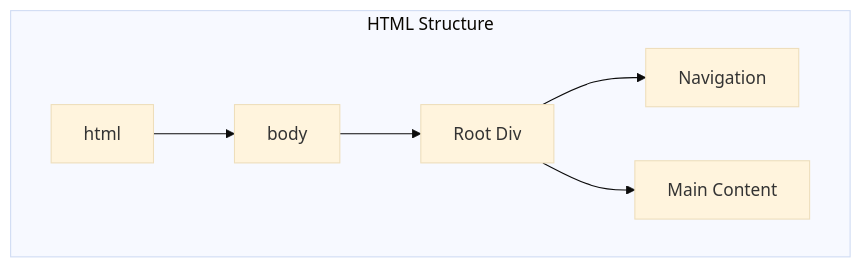
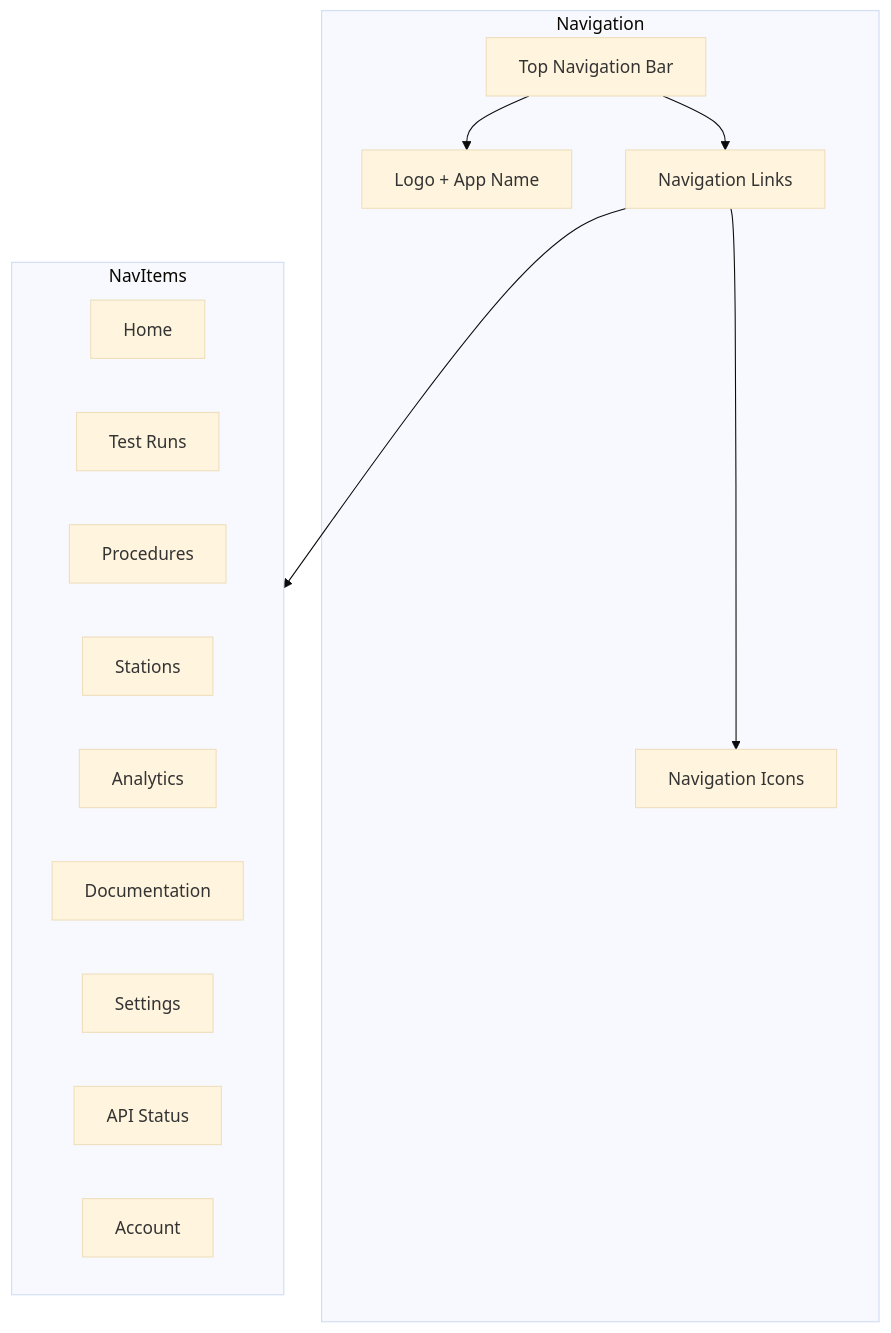
The second of 6 diagrams in docs/architecture/frontend_architecture.md (mvalancy-mt/NotTofu), drawn with Mermaid (base theme) before and after one commit. The commit also changed other lines of this file and 64 other files, not shown here.

````diff
--- a/docs/architecture/frontend_architecture.md
+++ b/docs/architecture/frontend_architecture.md
@@ -44,15 +55,26 @@
 ```mermaid
 graph TB
-    subgraph HTML Structure
-        HTML[html]
-        Body[body]
-        Root[Root Div]
-        Navigation[Navigation]
-        Main[Main Content]
+    subgraph Navigation
+        MainNav[Top Navigation Bar]
+        Logo[Logo + App Name]
+        NavLinks[Navigation Links]
+        NavIcons[Navigation Icons]
     end
 
-    HTML --> Body
-    Body --> Root
-    Root --> Navigation
-    Root --> Main
+    subgraph NavItems
+        Home[Home]
+        Runs[Test Runs]
+        Procedures[Procedures]
+        Stations[Stations]
+        Analytics[Analytics]
+        Docs[Documentation]
+        Settings[Settings]
+        Status[API Status]
+        Account[Account]
+    end
+
+    MainNav --> Logo
+    MainNav --> NavLinks
+    NavLinks --> NavIcons
+    NavLinks --> NavItems
 ```
````
